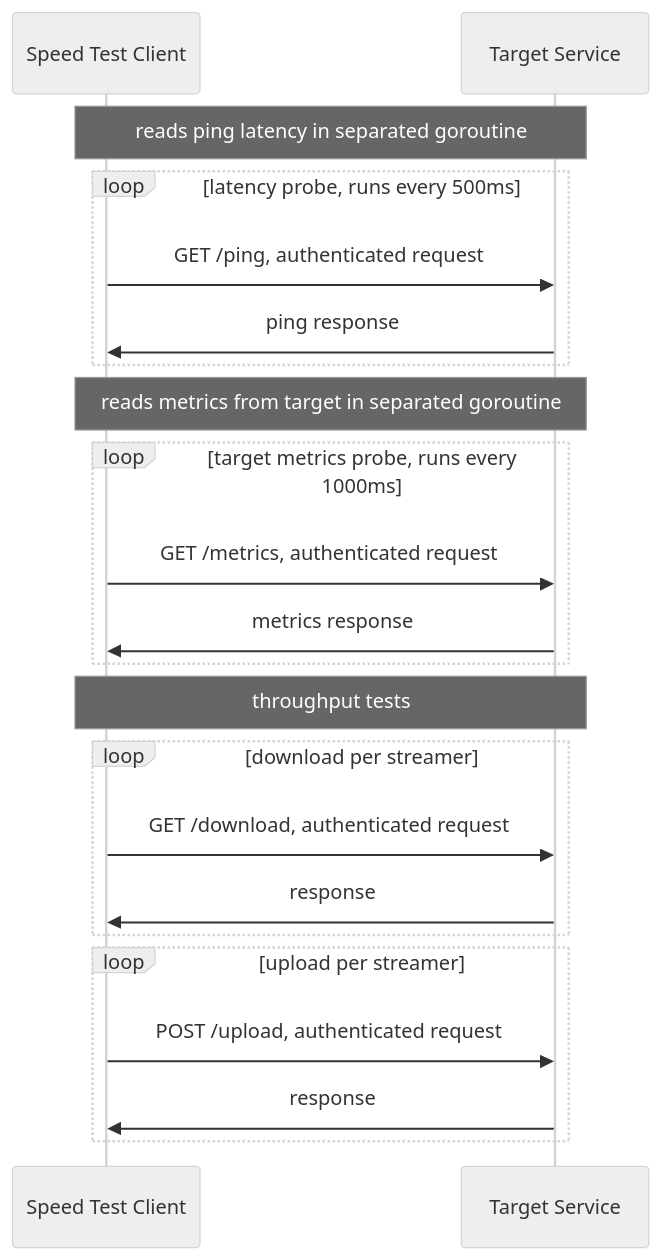
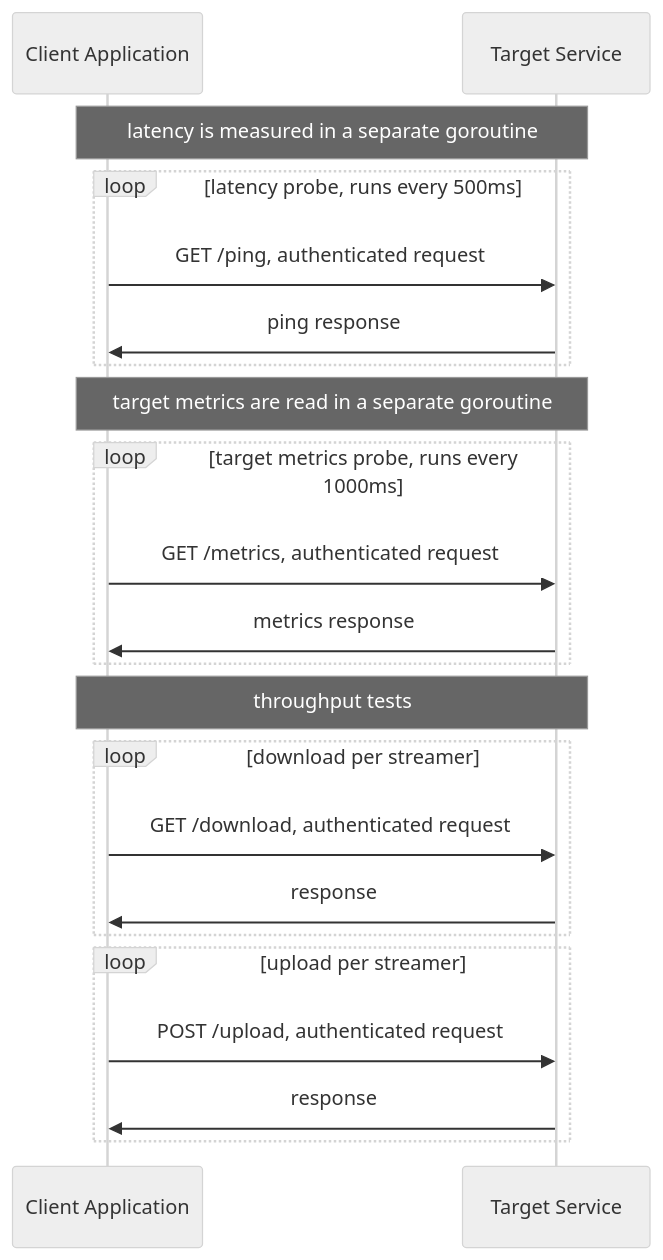
Before and after one commit to viktorzavadil/speedtest: the second of 2 diagrams in README.md, drawn with Mermaid. The commit also changed other lines of this file, not shown here.

````diff
--- a/README.md
+++ b/README.md
@@ -88,32 +71,32 @@
 ```mermaid
 ---
 config:
   theme: neutral
 ---
 sequenceDiagram
-    participant C as Speed Test Client
+    participant C as Client Application
     participant T as Target Service
-    Note over C, T: reads ping latency in separated goroutine
+    Note over C, T: latency is measured in a separate goroutine
     loop latency probe, runs every 500ms
         C ->> T: GET /ping, authenticated request
         T ->> C: ping response
     end
 
-    Note over C, T: reads metrics from target in separated goroutine
+    Note over C, T: target metrics are read in a separate goroutine
     loop target metrics probe, runs every 1000ms
         C ->> T: GET /metrics, authenticated request
         T ->> C: metrics response
     end
 
     Note over C, T: throughput tests
     loop download per streamer
         C ->> T: GET /download, authenticated request
         T ->> C: response
     end
 
     loop upload per streamer
         C ->> T: POST /upload, authenticated request
         T ->> C: response
     end
 
 ```
````
